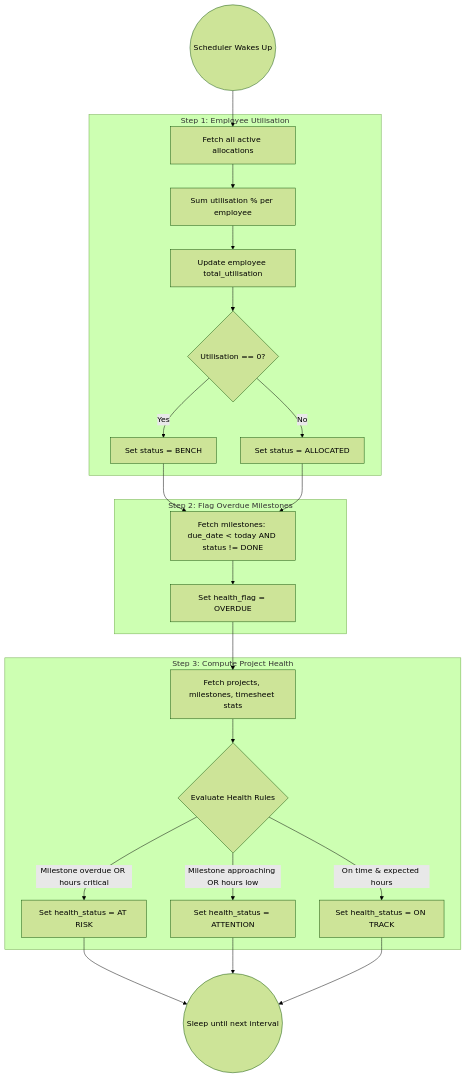
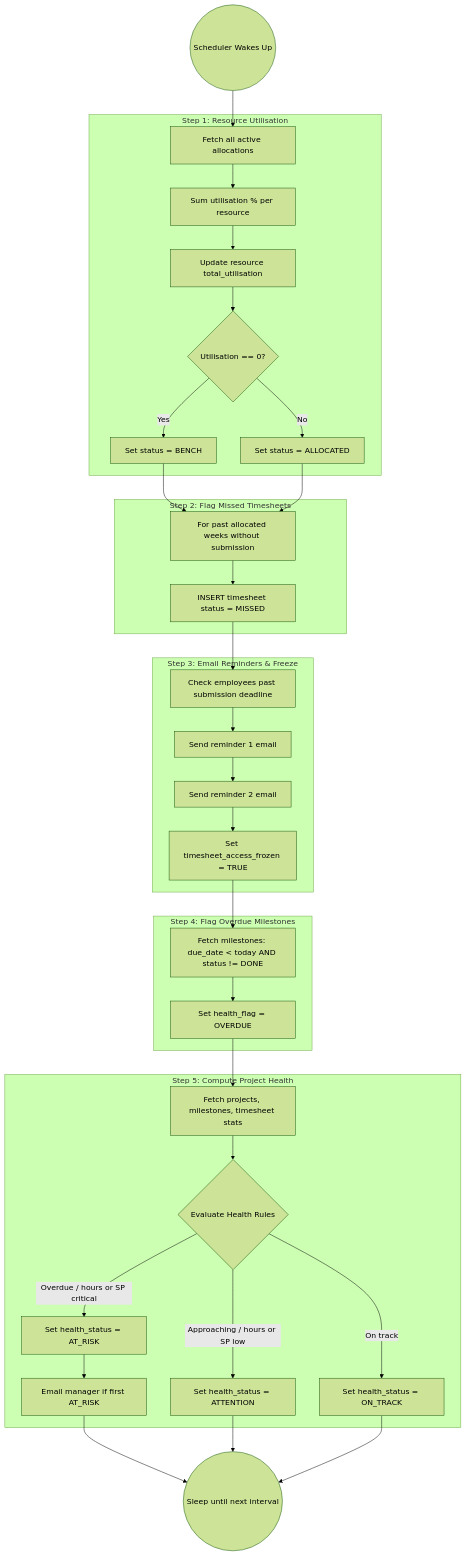
One commit to RiyaAmetaITT/Project-Resource-Management-tool changed the sixth of 6 diagrams in UML Design/flow_diagrams.md. Above: the diagram before and after it, drawn with Mermaid (forest theme). The commit also changed other lines of this file and 74 other files, not shown here.

````diff
--- a/UML Design/flow_diagrams.md
+++ b/UML Design/flow_diagrams.md
@@ -193,36 +203,53 @@
 ```mermaid
 flowchart TD
     Trigger((Scheduler Wakes Up)) --> Step1
-    
-    subgraph Step 1: Employee Utilisation
-        Step1[Fetch all active allocations] --> SumUtil[Sum utilisation % per employee]
-        SumUtil --> UpdTotal[Update employee total_utilisation]
+
+    subgraph Step 1: Resource Utilisation
+        Step1[Fetch all active allocations] --> SumUtil[Sum utilisation % per resource]
+        SumUtil --> UpdTotal[Update resource total_utilisation]
         UpdTotal --> CheckZero{Utilisation == 0?}
         CheckZero -- Yes --> SetBench[Set status = BENCH]
         CheckZero -- No --> SetAlloc[Set status = ALLOCATED]
     end
-    
+
     SetBench --> Step2
     SetAlloc --> Step2
-    
-    subgraph Step 2: Flag Overdue Milestones
-        Step2[Fetch milestones: due_date < today AND status != DONE]
-        Step2 --> MarkOverdue[Set health_flag = OVERDUE]
+
+    subgraph Step 2: Flag Missed Timesheets
+        Step2[For past allocated weeks without submission]
+        Step2 --> InsertMissed[INSERT timesheet status = MISSED]
     end
-    
-    MarkOverdue --> Step3
-    
-    subgraph Step 3: Compute Project Health
-        Step3[Fetch projects, milestones, timesheet stats]
-        Step3 --> EvalRisk{Evaluate Health Rules}
-        EvalRisk -- "Milestone overdue OR hours critical" --> RiskRed[Set health_status = AT RISK]
-        EvalRisk -- "Milestone approaching OR hours low" --> RiskYel[Set health_status = ATTENTION]
-        EvalRisk -- "On time & expected hours" --> RiskGrn[Set health_status = ON TRACK]
+
+    InsertMissed --> Step3
+
+    subgraph Step 3: Email Reminders & Freeze
+        Step3[Check employees past submission deadline]
+        Step3 --> SendRem1[Send reminder 1 email]
+        SendRem1 --> SendRem2[Send reminder 2 email]
+        SendRem2 --> Freeze[Set timesheet_access_frozen = TRUE]
     end
-    
-    RiskRed --> Sleep
+
+    Freeze --> Step4
+
+    subgraph Step 4: Flag Overdue Milestones
+        Step4[Fetch milestones: due_date < today AND status != DONE]
+        Step4 --> MarkOverdue[Set health_flag = OVERDUE]
+    end
+
+    MarkOverdue --> Step5
+
+    subgraph Step 5: Compute Project Health
+        Step5[Fetch projects, milestones, timesheet stats]
+        Step5 --> EvalRisk{Evaluate Health Rules}
+        EvalRisk -- "Overdue / hours or SP critical" --> RiskRed[Set health_status = AT_RISK]
+        EvalRisk -- "Approaching / hours or SP low" --> RiskYel[Set health_status = ATTENTION]
+        EvalRisk -- "On track" --> RiskGrn[Set health_status = ON_TRACK]
+        RiskRed --> NotifyMgr[Email manager if first AT_RISK]
+    end
+
+    NotifyMgr --> Sleep
     RiskYel --> Sleep
     RiskGrn --> Sleep
-    
+
     Sleep((Sleep until next interval))
 ```
````
